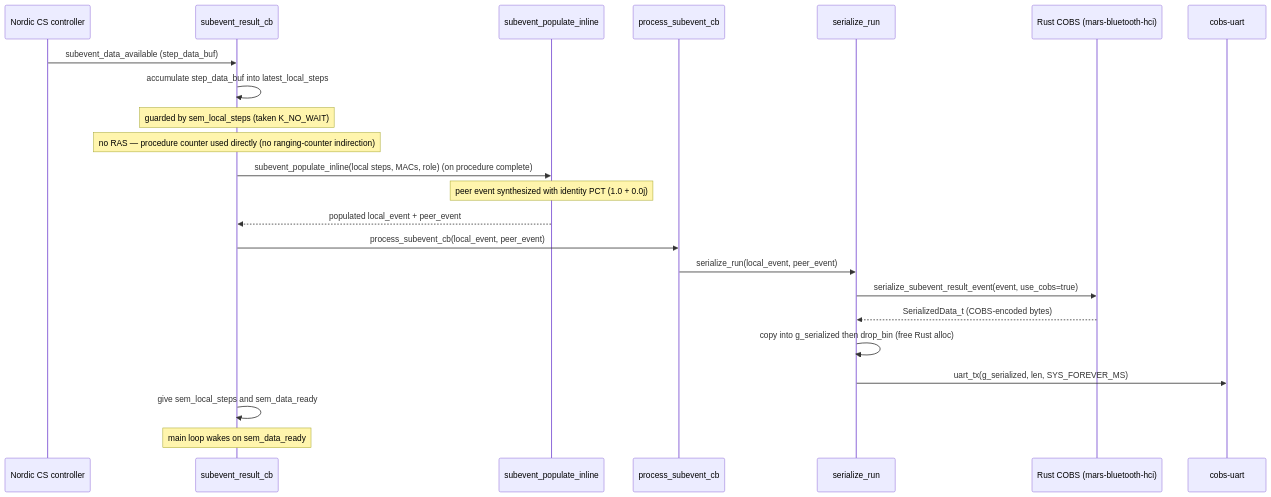
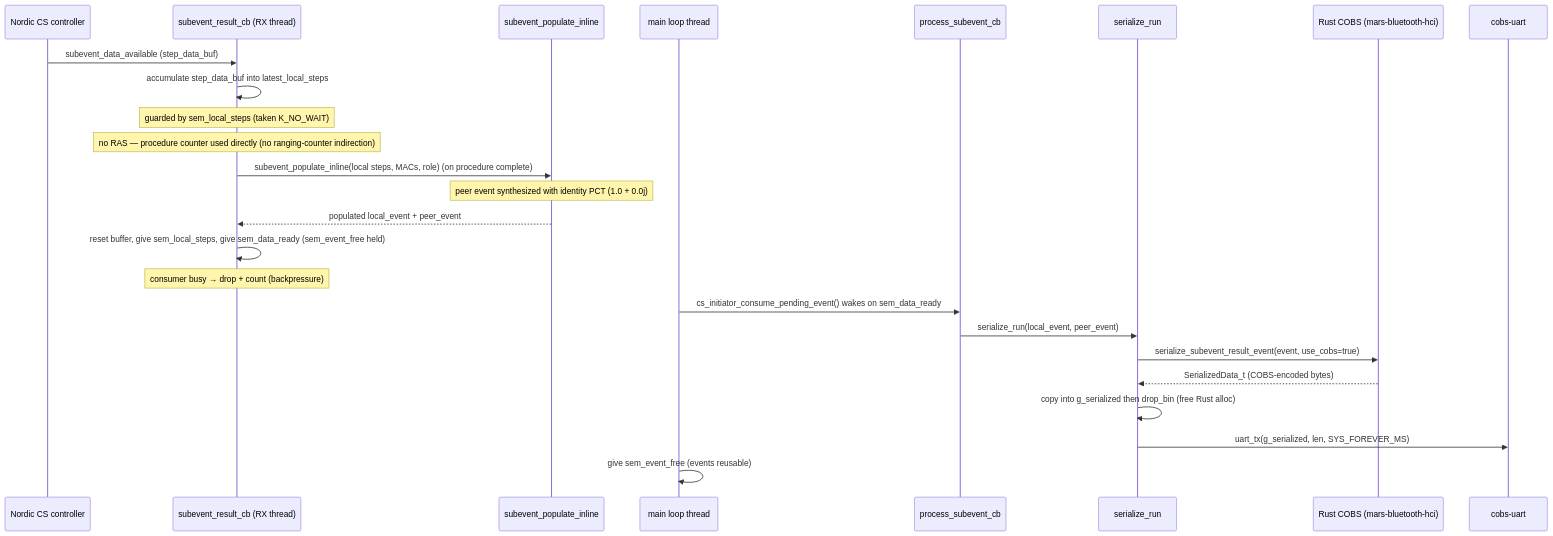
One commit to Metirionic/mars-cs-nrf54l changed the second of 2 diagrams in docs/architecture.md. Above: the diagram before and after it, drawn with Mermaid. The commit also changed other lines of this file and 4 other files, not shown here.

````diff
--- a/docs/architecture.md
+++ b/docs/architecture.md
@@ -287,25 +296,27 @@
 ```mermaid
 sequenceDiagram
     participant CTRL as Nordic CS controller
-    participant ACC as subevent_result_cb
+    participant ACC as subevent_result_cb (RX thread)
     participant POP as subevent_populate_inline
+    participant MAIN as main loop thread
     participant CB as process_subevent_cb
     participant SER as serialize_run
     participant RUST as Rust COBS (mars-bluetooth-hci)
     participant UART as cobs-uart
     CTRL->>ACC: subevent_data_available (step_data_buf)
     ACC->>ACC: accumulate step_data_buf into latest_local_steps
     Note over ACC: guarded by sem_local_steps (taken K_NO_WAIT)
     Note over ACC: no RAS — procedure counter used directly (no ranging-counter indirection)
     ACC->>POP: subevent_populate_inline(local steps, MACs, role) (on procedure complete)
     Note over POP: peer event synthesized with identity PCT (1.0 + 0.0j)
     POP-->>ACC: populated local_event + peer_event
-    ACC->>CB: process_subevent_cb(local_event, peer_event)
+    ACC->>ACC: reset buffer, give sem_local_steps, give sem_data_ready (sem_event_free held)
+    Note over ACC: consumer busy → drop + count (backpressure)
+    MAIN->>CB: cs_initiator_consume_pending_event() wakes on sem_data_ready
     CB->>SER: serialize_run(local_event, peer_event)
     SER->>RUST: serialize_subevent_result_event(event, use_cobs=true)
     RUST-->>SER: SerializedData_t (COBS-encoded bytes)
     SER->>SER: copy into g_serialized then drop_bin (free Rust alloc)
     SER->>UART: uart_tx(g_serialized, len, SYS_FOREVER_MS)
-    ACC->>ACC: give sem_local_steps and sem_data_ready
-    Note over ACC: main loop wakes on sem_data_ready
+    MAIN->>MAIN: give sem_event_free (events reusable)
 ```
````
